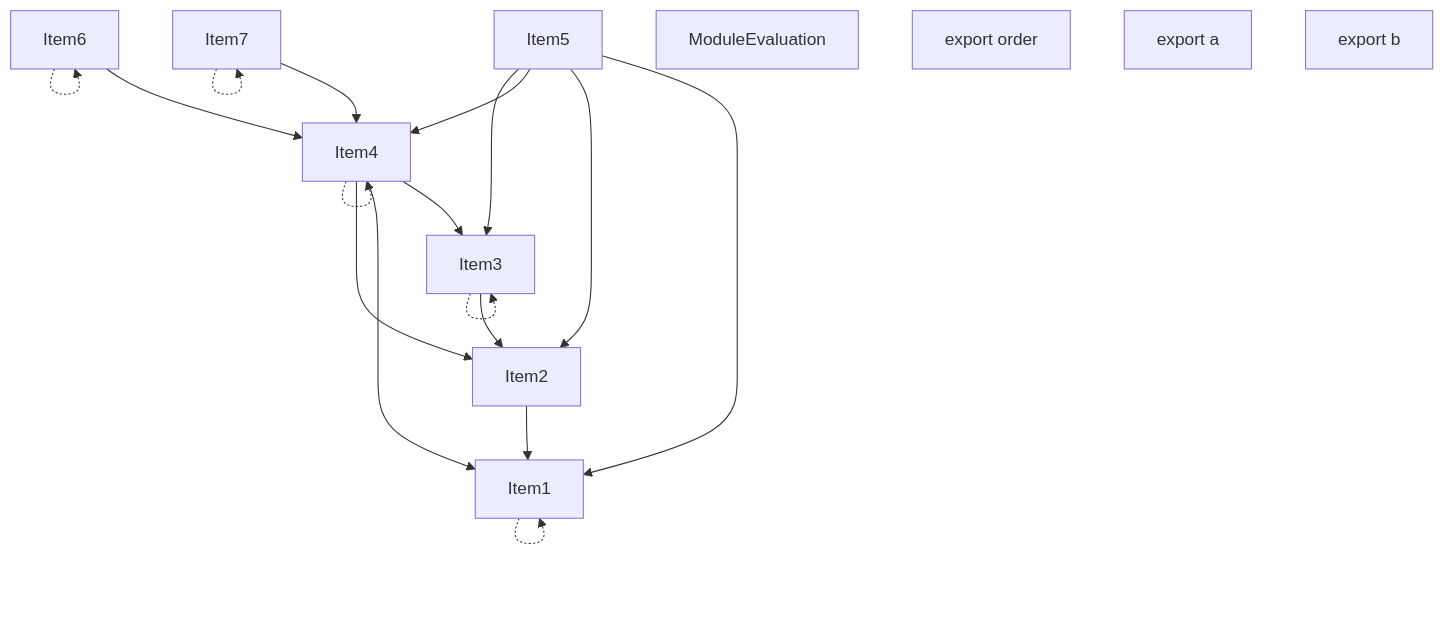
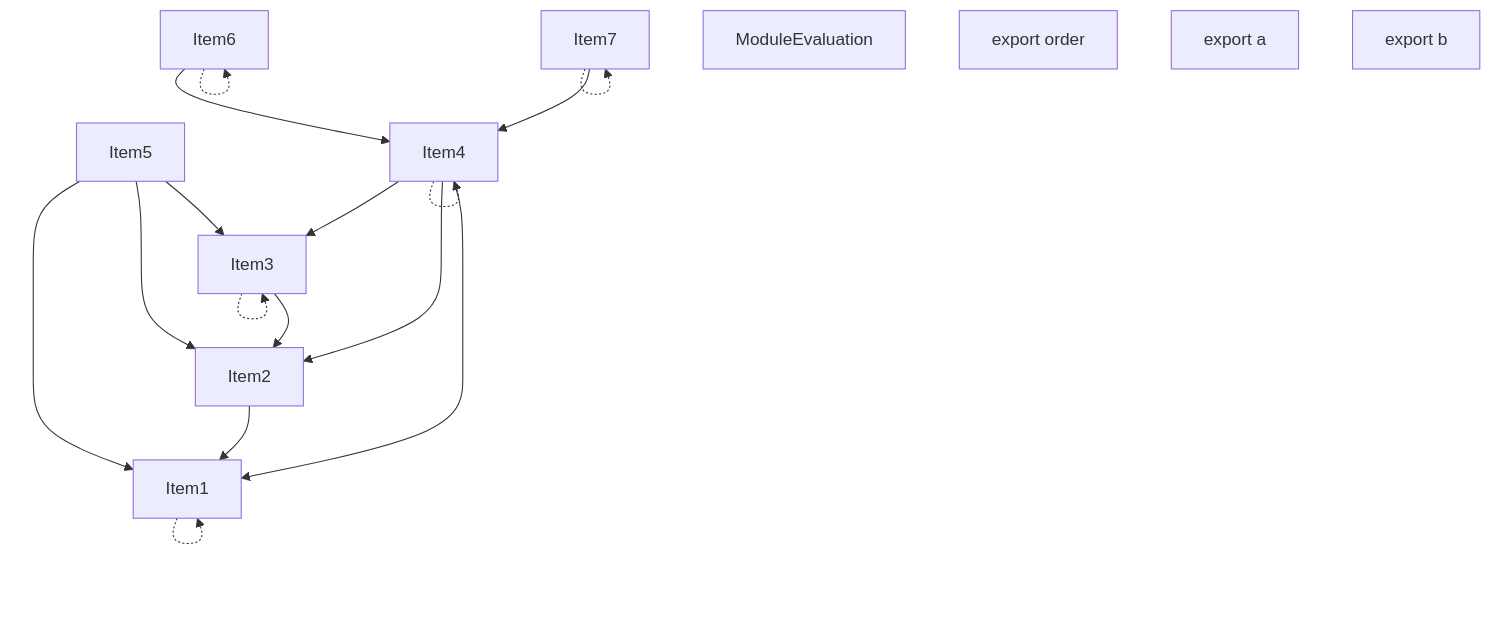
The second of 5 diagrams in crates/turbopack-ecmascript/tests/tree-shaker/analyzer/shared-2/output.md (vercel/turborepo), drawn with Mermaid before and after one commit. The commit also changed other lines of this file and 20 other files, not shown here.

````diff
--- a/crates/turbopack-ecmascript/tests/tree-shaker/analyzer/shared-2/output.md
+++ b/crates/turbopack-ecmascript/tests/tree-shaker/analyzer/shared-2/output.md
@@ -110,34 +110,33 @@
 ```mermaid
 graph TD
     Item1;
     Item2;
     Item3;
     Item4;
     Item5;
     Item6;
     Item7;
     Item8;
     Item8["ModuleEvaluation"];
     Item9;
     Item9["export order"];
     Item10;
     Item10["export a"];
     Item11;
     Item11["export b"];
     Item1 -.-> Item1;
     Item2 --> Item1;
     Item3 -.-> Item3;
     Item3 --> Item2;
     Item4 --> Item3;
+    Item4 --> Item2;
     Item4 --> Item1;
-    Item4 --> Item2;
     Item4 -.-> Item4;
     Item5 --> Item1;
     Item5 --> Item2;
-    Item5 --> Item4;
     Item5 --> Item3;
     Item6 --> Item4;
     Item6 -.-> Item6;
     Item7 --> Item4;
     Item7 -.-> Item7;
 ```
````
